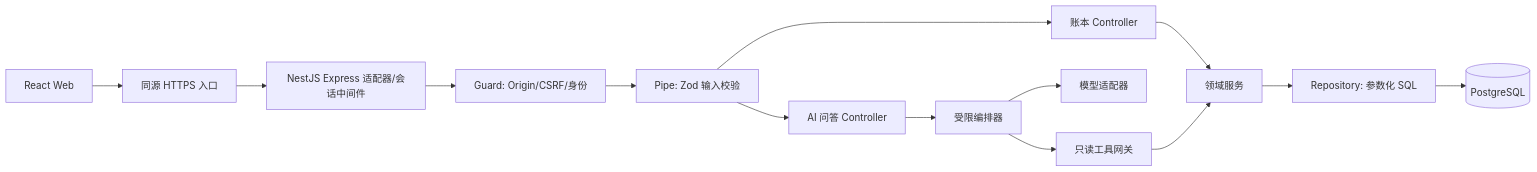
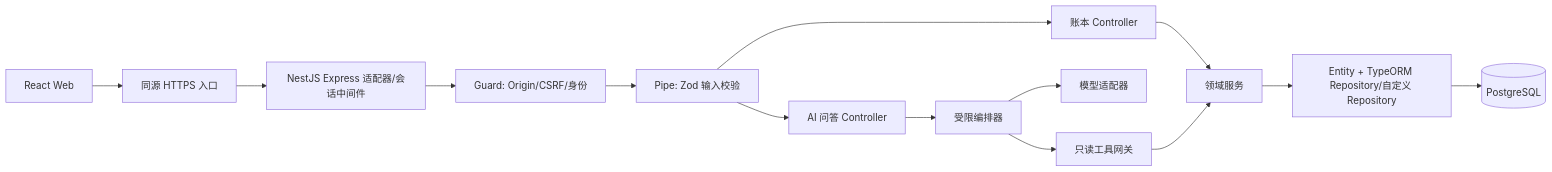
One commit to zhanglkx/Talk changed the first of 2 diagrams in docs/TECH-PLAN-fullstack-ai-ledger.md. Above: the diagram before and after it, drawn with Mermaid. The commit also changed other lines of this file and 32 other files, not shown here.

Commit message:
feat: add PostgreSQL TypeORM foundation

````diff
--- a/docs/TECH-PLAN-fullstack-ai-ledger.md
+++ b/docs/TECH-PLAN-fullstack-ai-ledger.md
@@ -41,16 +47,16 @@
 ```mermaid
 flowchart LR
   B[React Web] --> P[同源 HTTPS 入口]
   P --> N[NestJS Express 适配器/会话中间件]
   N --> G[Guard: Origin/CSRF/身份]
   G --> V[Pipe: Zod 输入校验]
   V --> C[账本 Controller]
   C --> S[领域服务]
-  S --> R[Repository: 参数化 SQL]
+  S --> R[Entity + TypeORM Repository/自定义 Repository]
   R --> D[(PostgreSQL)]
   V --> A[AI 问答 Controller]
   A --> O[受限编排器]
   O --> L[模型适配器]
   O --> T[只读工具网关]
   T --> S
 ```
````
